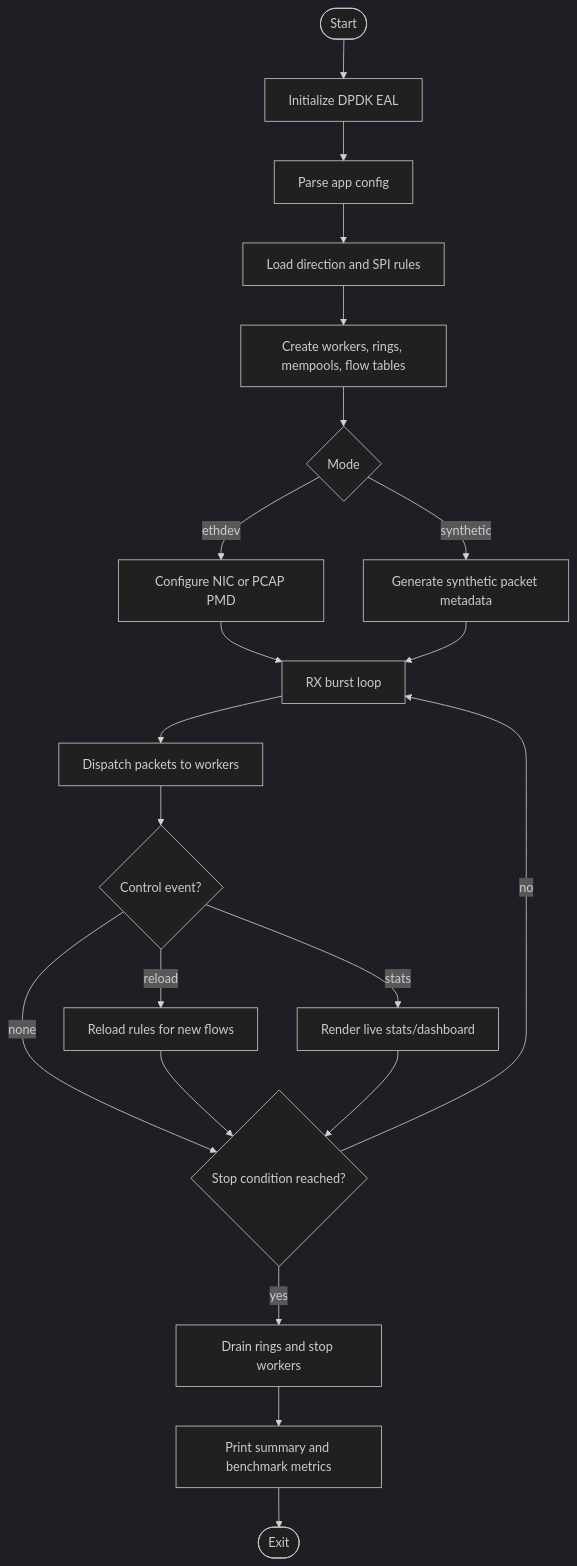
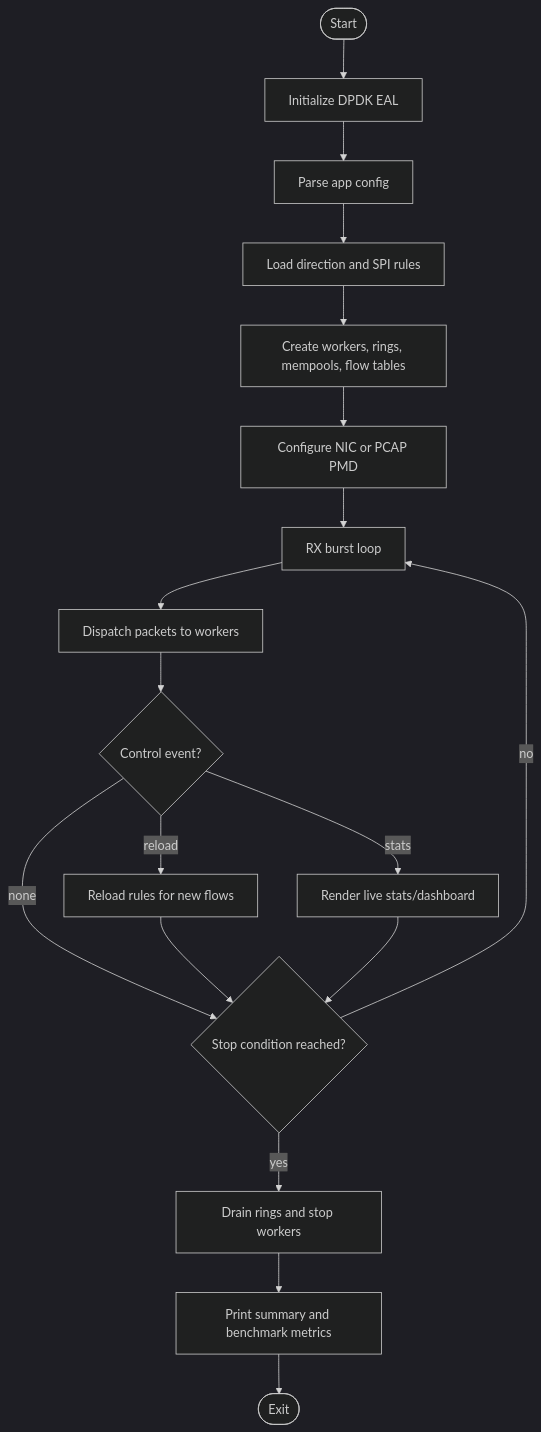
Before and after one commit to UFOsonzz/VDT_HPC_FlowTable: the eighth of 9 diagrams in reports/DESIGN_DIAGRAMS.md, drawn with Mermaid (dark theme). The commit also changed other lines of this file and 21 other files, not shown here.

````diff
--- a/reports/DESIGN_DIAGRAMS.md
+++ b/reports/DESIGN_DIAGRAMS.md
@@ -126,23 +142,20 @@
 ```mermaid
 flowchart TD
     START([Start]) --> EAL[Initialize DPDK EAL]
     EAL --> CFG[Parse app config]
     CFG --> RULE[Load direction and SPI rules]
     RULE --> INIT[Create workers, rings, mempools, flow tables]
-    INIT --> MODE{Mode}
-    MODE -- ethdev --> PORT[Configure NIC or PCAP PMD]
-    MODE -- synthetic --> SYN[Generate synthetic packet metadata]
+    INIT --> PORT[Configure NIC or PCAP PMD]
     PORT --> RX[RX burst loop]
-    SYN --> RX
     RX --> PROC[Dispatch packets to workers]
     PROC --> CTRL{Control event?}
     CTRL -- reload --> RELOAD[Reload rules for new flows]
     CTRL -- stats --> SHOW[Render live stats/dashboard]
     CTRL -- none --> RUN{Stop condition reached?}
     RELOAD --> RUN
     SHOW --> RUN
     RUN -- no --> RX
     RUN -- yes --> DRAIN[Drain rings and stop workers]
     DRAIN --> SUM[Print summary and benchmark metrics]
     SUM --> END([Exit])
 ```
````
